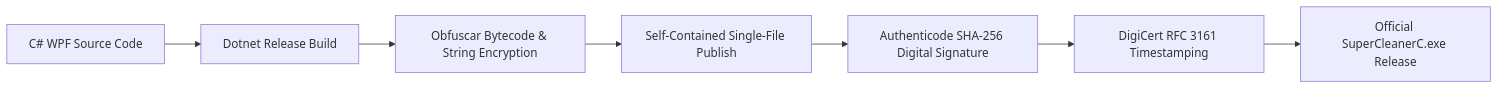
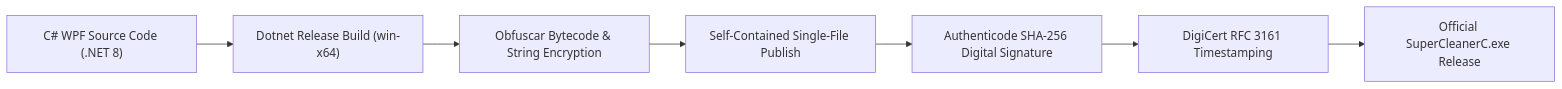
One commit to weka-eg/SuperCleanerC-Releases changed the diagram in SECURITY.md. Above: the diagram before and after it, drawn with Mermaid. The commit also changed other lines of this file, not shown here.

````diff
--- a/SECURITY.md
+++ b/SECURITY.md
@@ -34,9 +35,9 @@
 ```mermaid
 flowchart LR
-    A[C# WPF Source Code] --> B[Dotnet Release Build]
-    B --> C[Obfuscar Bytecode & String Encryption]
-    C --> D[Self-Contained Single-File Publish]
-    D --> E[Authenticode SHA-256 Digital Signature]
-    E --> F[DigiCert RFC 3161 Timestamping]
-    F --> G[Official SuperCleanerC.exe Release]
+    A["C# WPF Source Code (.NET 8)"] --> B["Dotnet Release Build (win-x64)"]
+    B --> C["Obfuscar Bytecode & String Encryption"]
+    C --> D["Self-Contained Single-File Publish"]
+    D --> E["Authenticode SHA-256 Digital Signature"]
+    E --> F["DigiCert RFC 3161 Timestamping"]
+    F --> G["Official SuperCleanerC.exe Release"]
 ```
````
